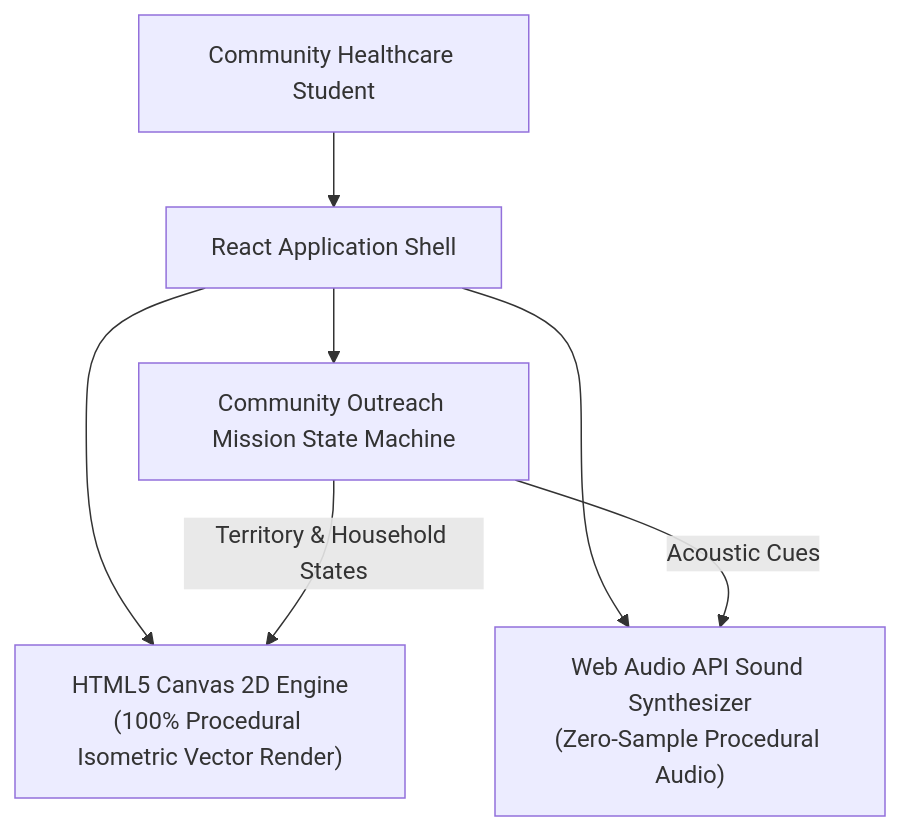
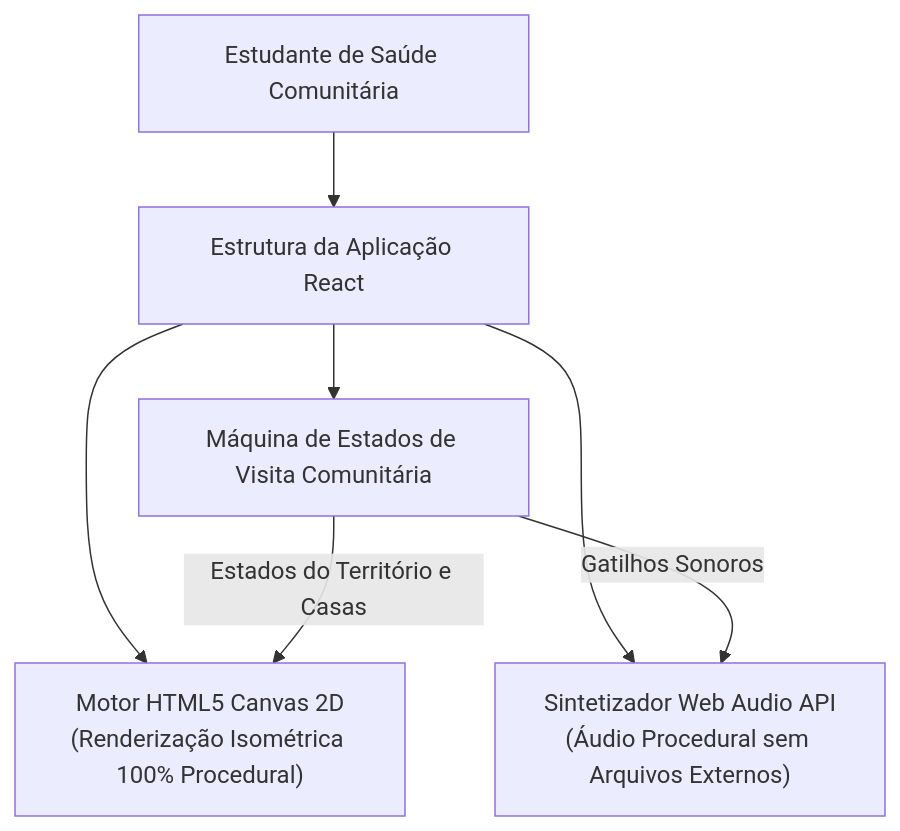
Before and after one commit to Fcsscoder/case-studies: the first of 2 diagrams in 3d-graphics-and-simulation/procedural-2d-isometric-health-sim/README.md, drawn with Mermaid. The commit also changed other lines of this file and 21 other files, not shown here.

````diff
--- a/3d-graphics-and-simulation/procedural-2d-isometric-health-sim/README.md
+++ b/3d-graphics-and-simulation/procedural-2d-isometric-health-sim/README.md
@@ -9,15 +9,15 @@
 ```mermaid
 graph TD
-    User["Community Healthcare Student"]
-    UI["React Application Shell"]
-    Canvas["HTML5 Canvas 2D Engine<br/>(100% Procedural Isometric Vector Render)"]
-    AudioEngine["Web Audio API Sound Synthesizer<br/>(Zero-Sample Procedural Audio)"]
-    MissionEngine["Community Outreach Mission State Machine"]
+    User["Estudante de Saúde Comunitária"]
+    UI["Estrutura da Aplicação React"]
+    Canvas["Motor HTML5 Canvas 2D<br/>(Renderização Isométrica 100% Procedural)"]
+    AudioEngine["Sintetizador Web Audio API<br/>(Áudio Procedural sem Arquivos Externos)"]
+    MissionEngine["Máquina de Estados de Visita Comunitária"]
 
     User --> UI
     UI --> Canvas
     UI --> AudioEngine
     UI --> MissionEngine
-    MissionEngine -->|Territory & Household States| Canvas
-    MissionEngine -->|Acoustic Cues| AudioEngine
+    MissionEngine -->|Estados do Território e Casas| Canvas
+    MissionEngine -->|Gatilhos Sonoros| AudioEngine
 ```
````
